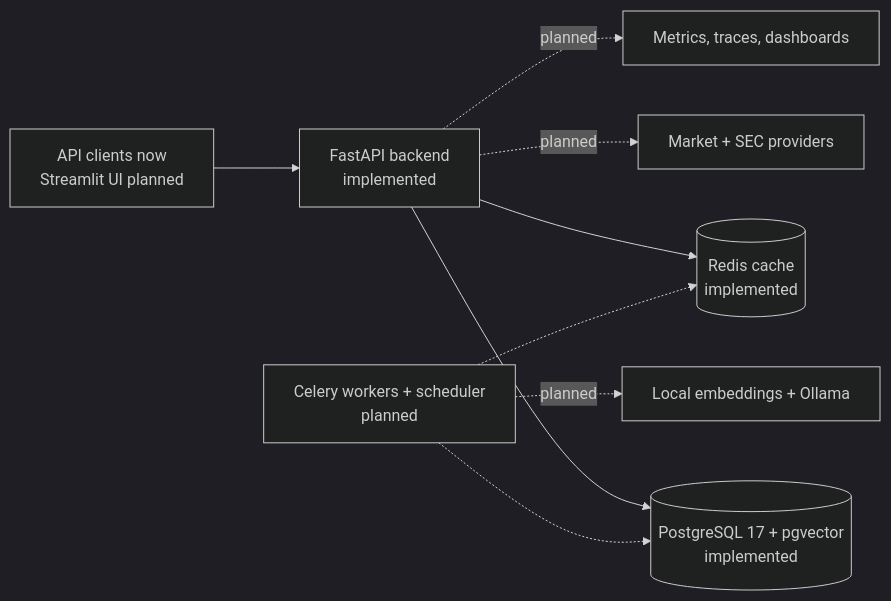
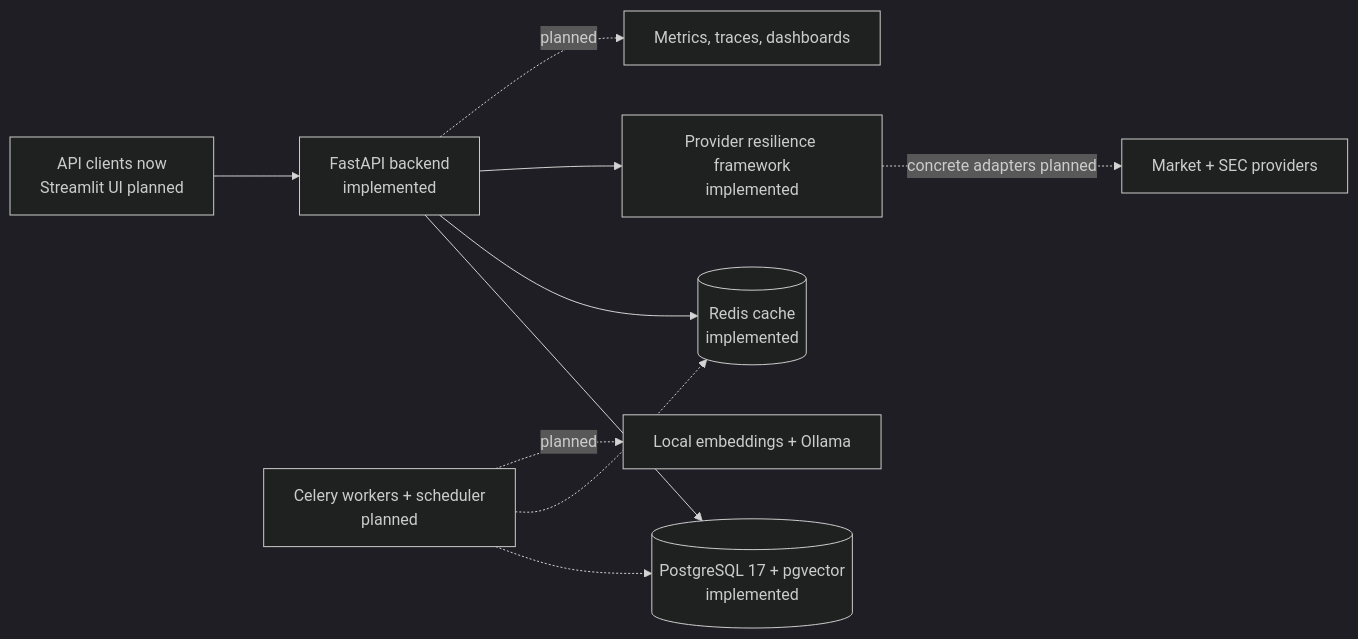
Before and after one commit to moazsarwar2004/ai-investment-research-copilot: the diagram in README.md, drawn with Mermaid (dark theme). The commit also changed other lines of this file and 28 other files, not shown here.

Commit message:
feat: complete phase 4 provider framework

````diff
--- a/README.md
+++ b/README.md
@@ -61,11 +65,12 @@
 ```mermaid
 flowchart LR
     Client["API clients now<br/>Streamlit UI planned"] --> API["FastAPI backend<br/>implemented"]
     API --> PostgreSQL[("PostgreSQL 17 + pgvector<br/>implemented")]
     API --> Redis[("Redis cache<br/>implemented")]
-    API -. "planned" .-> Providers["Market + SEC providers"]
+    API --> ProviderFramework["Provider resilience framework<br/>implemented"]
+    ProviderFramework -. "concrete adapters planned" .-> Providers["Market + SEC providers"]
     Workers["Celery workers + scheduler<br/>planned"] -.-> PostgreSQL
     Workers -.-> Redis
     Workers -. "planned" .-> Ollama["Local embeddings + Ollama"]
     API -. "planned" .-> Observability["Metrics, traces, dashboards"]
 ```
````
